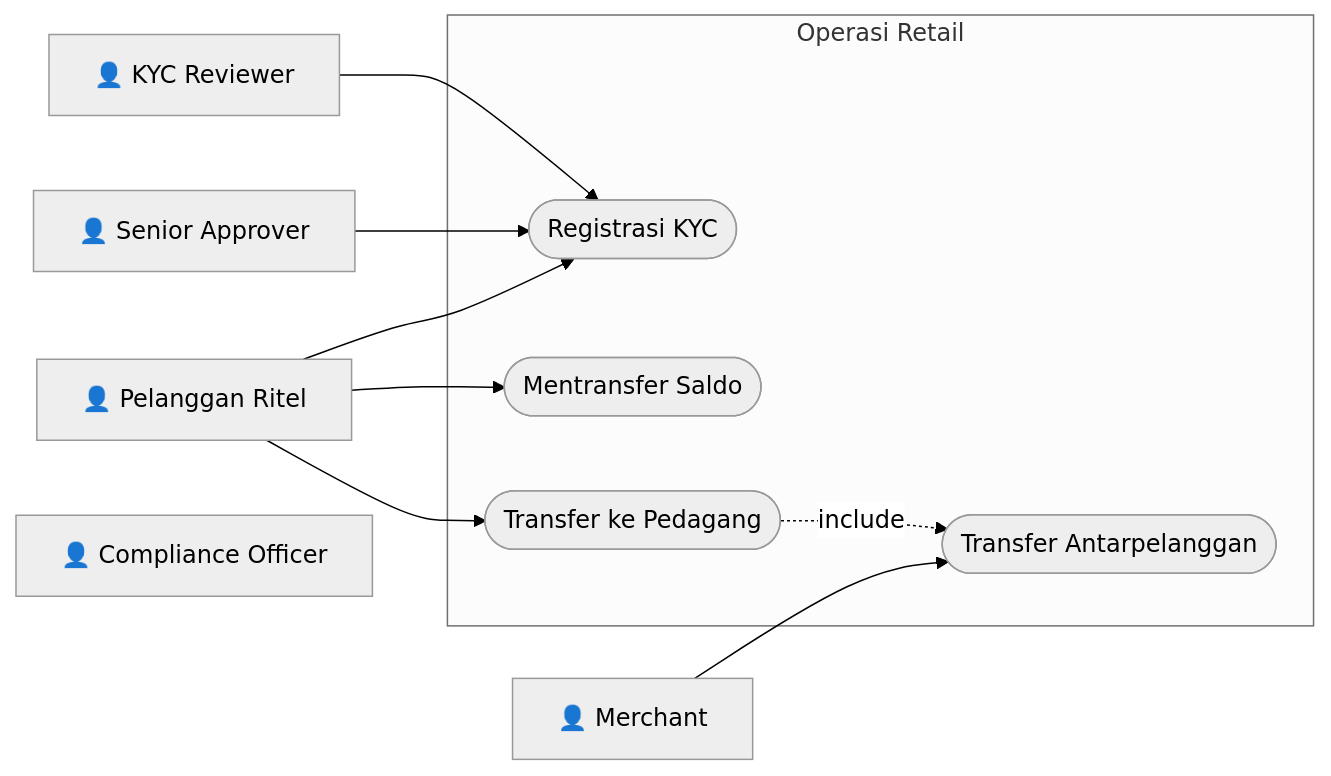
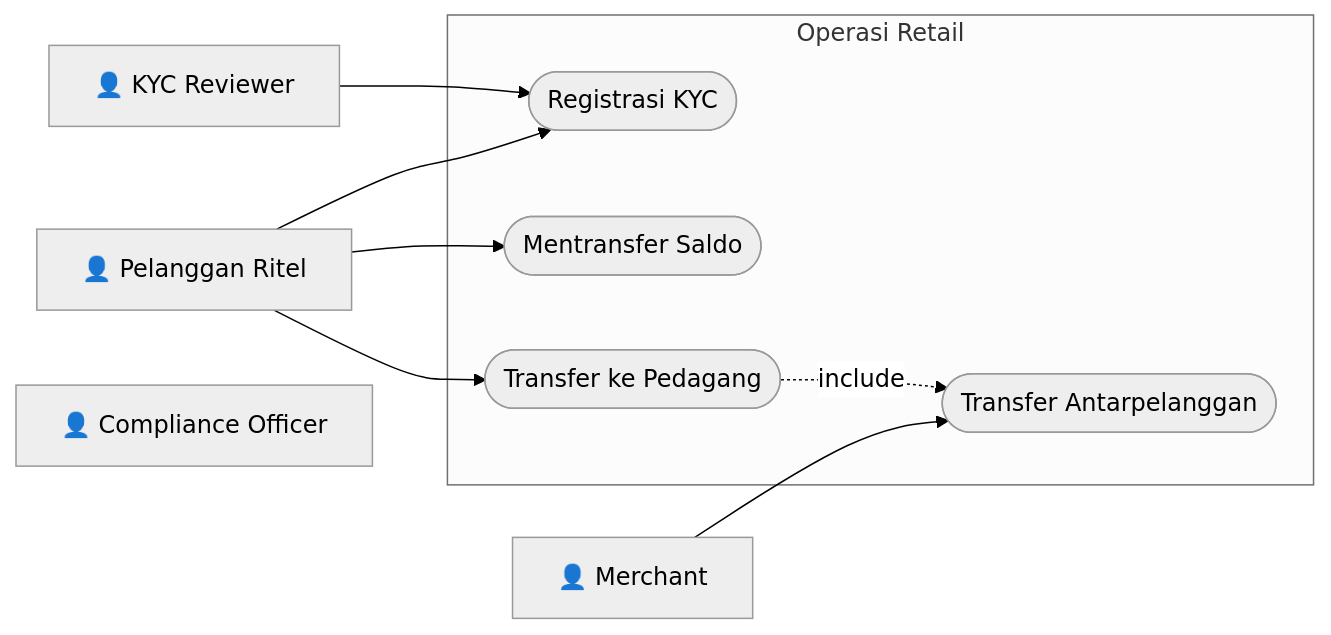
Before and after one commit to mfachrizalg/bi-coin: the third of 3 diagrams in bi-coin-fabric/docs/diagrams/mermaid/use-case-diagrams.md, drawn with Mermaid. The commit also changed other lines of this file and 37 other files, not shown here.

````diff
--- a/bi-coin-fabric/docs/diagrams/mermaid/use-case-diagrams.md
+++ b/bi-coin-fabric/docs/diagrams/mermaid/use-case-diagrams.md
@@ -90,25 +87,23 @@
 ```mermaid
 %%{init: {'theme': 'neutral', 'themeVariables': {'primaryColor': '#ffffff', 'primaryBorderColor': '#000000', 'lineColor': '#000000'}}}%%
 flowchart LR
     PR[👤 Pelanggan Ritel]
     M[👤 Merchant]
     KYC[👤 KYC Reviewer]
-    SA[👤 Senior Approver]
     CO[👤 Compliance Officer]
 
     subgraph RET["Operasi Retail"]
         UC1([Registrasi KYC])
         UC2([Mentransfer Saldo])
         UC3([Transfer Antarpelanggan])
         UC4([Transfer ke Pedagang])
     end
 
     PR --> UC1
     PR --> UC2
     PR --> UC4
     M --> UC3
     KYC --> UC1
-    SA --> UC1
 
     UC4 -.->|include| UC3
 ```
````
